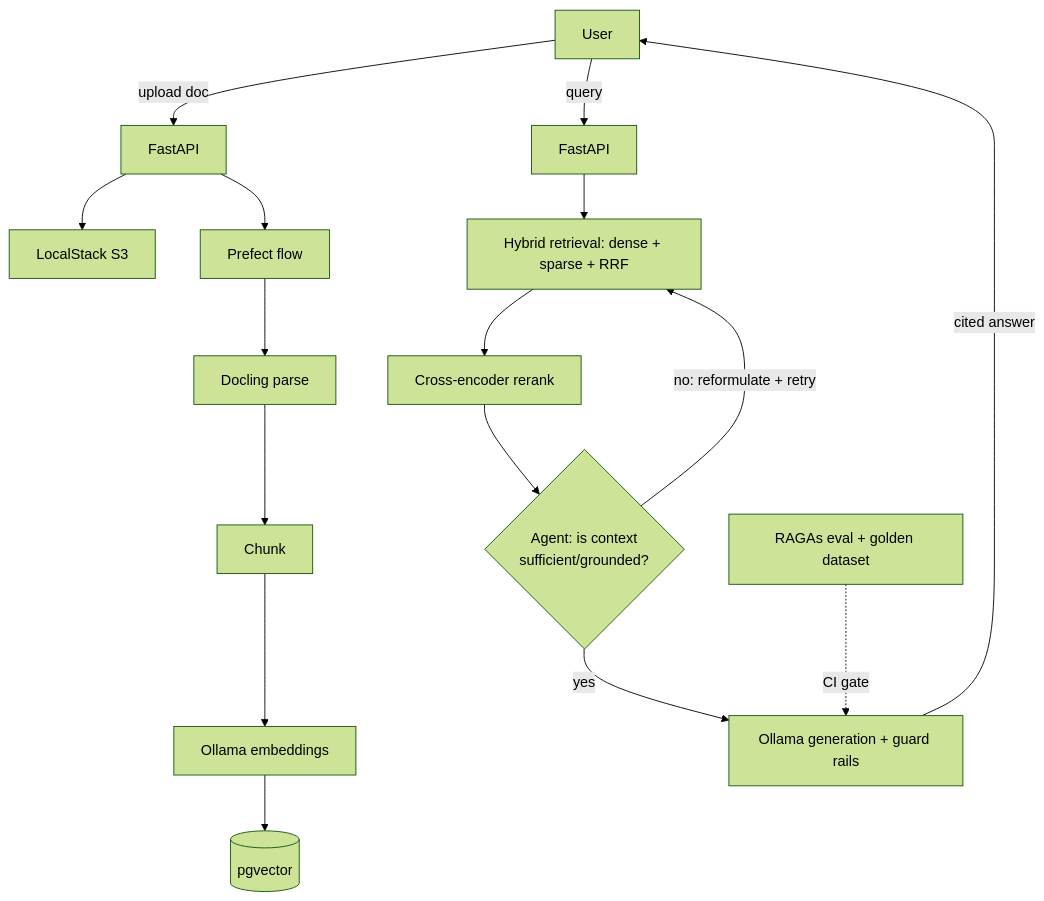
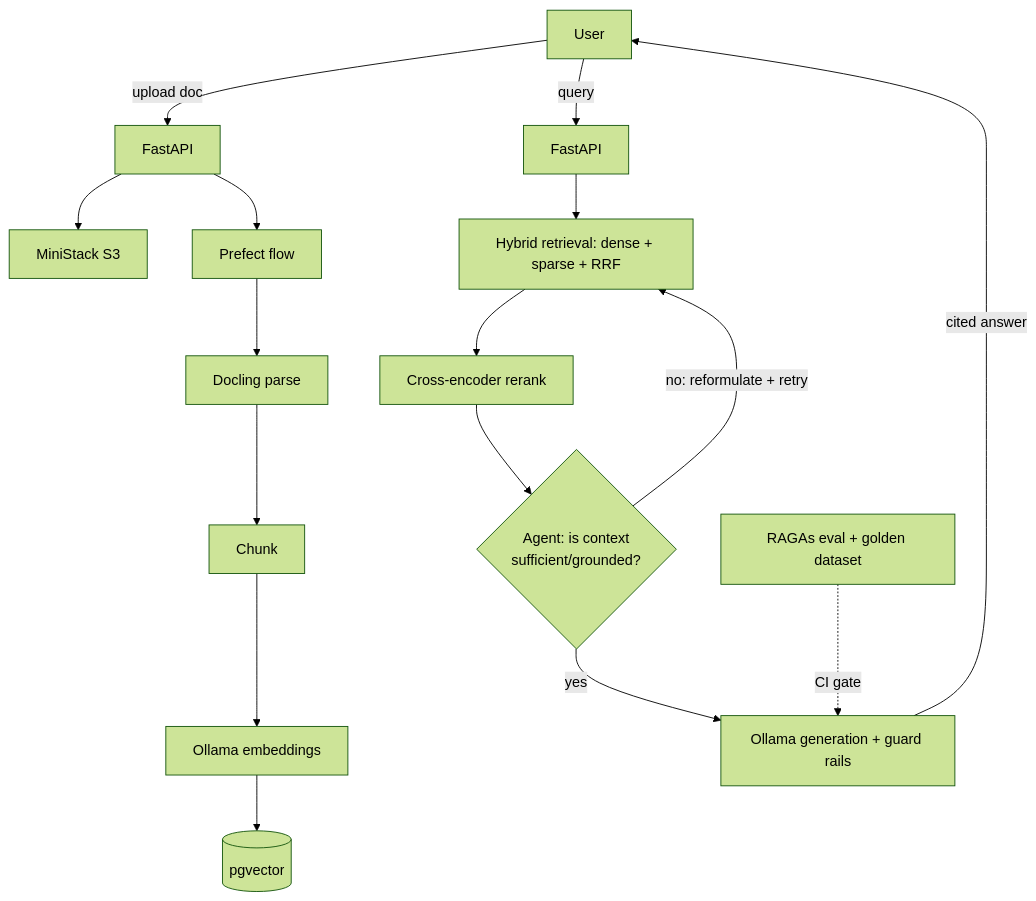
One commit to py404/dip changed the diagram in PROJECT-CONTEXT.md. Above: the diagram before and after it, drawn with Mermaid (forest theme). The commit also changed other lines of this file and 1 other file, not shown here.

````diff
--- a/PROJECT-CONTEXT.md
+++ b/PROJECT-CONTEXT.md
@@ -29,20 +29,20 @@
 ```mermaid
 flowchart TD
     U[User] -->|upload doc| API[FastAPI]
-    API --> S3[LocalStack S3]
+    API --> S3[MiniStack S3]
     API --> PF[Prefect flow]
     PF --> DL[Docling parse]
     DL --> CH[Chunk]
     CH --> EMB[Ollama embeddings]
     EMB --> PG[(pgvector)]
 
     U -->|query| API2[FastAPI]
     API2 --> RET[Hybrid retrieval: dense + sparse + RRF]
     RET --> RR[Cross-encoder rerank]
     RR --> GRADE{Agent: is context\nsufficient/grounded?}
     GRADE -->|no: reformulate + retry| RET
     GRADE -->|yes| GEN[Ollama generation + guard rails]
     GEN -->|cited answer| U
 
     EVAL[RAGAs eval + golden dataset] -.CI gate.-> GEN
 ```
````
